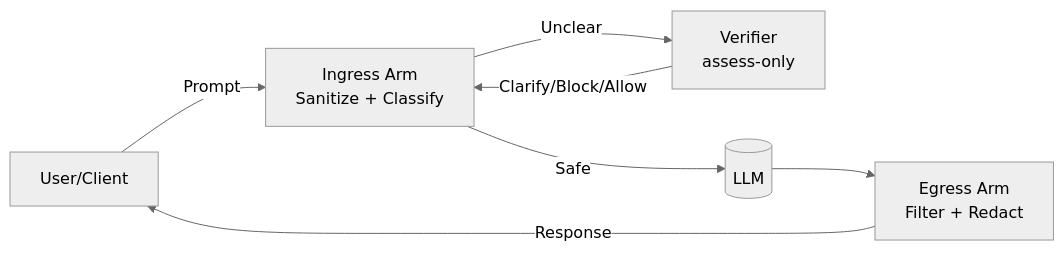
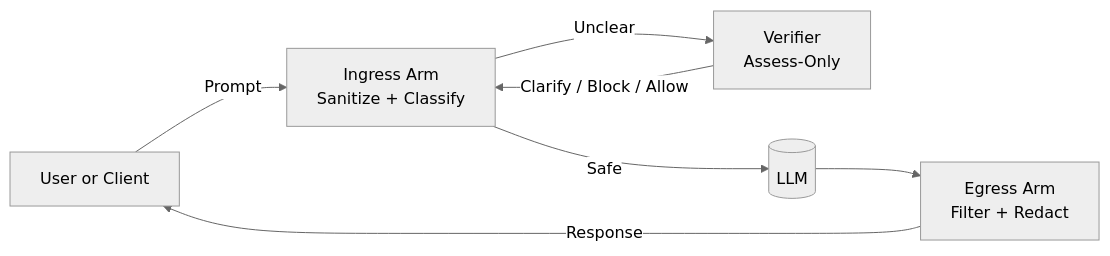
The diagram in docs/index.md (guardrail-labs/llm-guardrail-api), drawn with Mermaid (neutral theme) before and after one commit. The commit also changed other lines of this file, not shown here.

Commit message:
docs: add clarify-first architecture overview

````diff
--- a/docs/index.md
+++ b/docs/index.md
@@ -18,9 +15,9 @@
 ```mermaid
 flowchart LR
-  U[User/Client] -->|Prompt| IN[Ingress Arm<br/>Sanitize + Classify]
-  IN -->|Unclear| VF[Verifier<br/>assess-only]
-  VF -->|Clarify/Block/Allow| IN
+  U[User or Client] -->|Prompt| IN[Ingress Arm<br/>Sanitize + Classify]
+  IN -->|Unclear| VF[Verifier<br/>Assess-Only]
+  VF -->|Clarify / Block / Allow| IN
   IN -->|Safe| LLM[(LLM)]
   LLM --> EG[Egress Arm<br/>Filter + Redact]
   EG -->|Response| U
 ```
````
